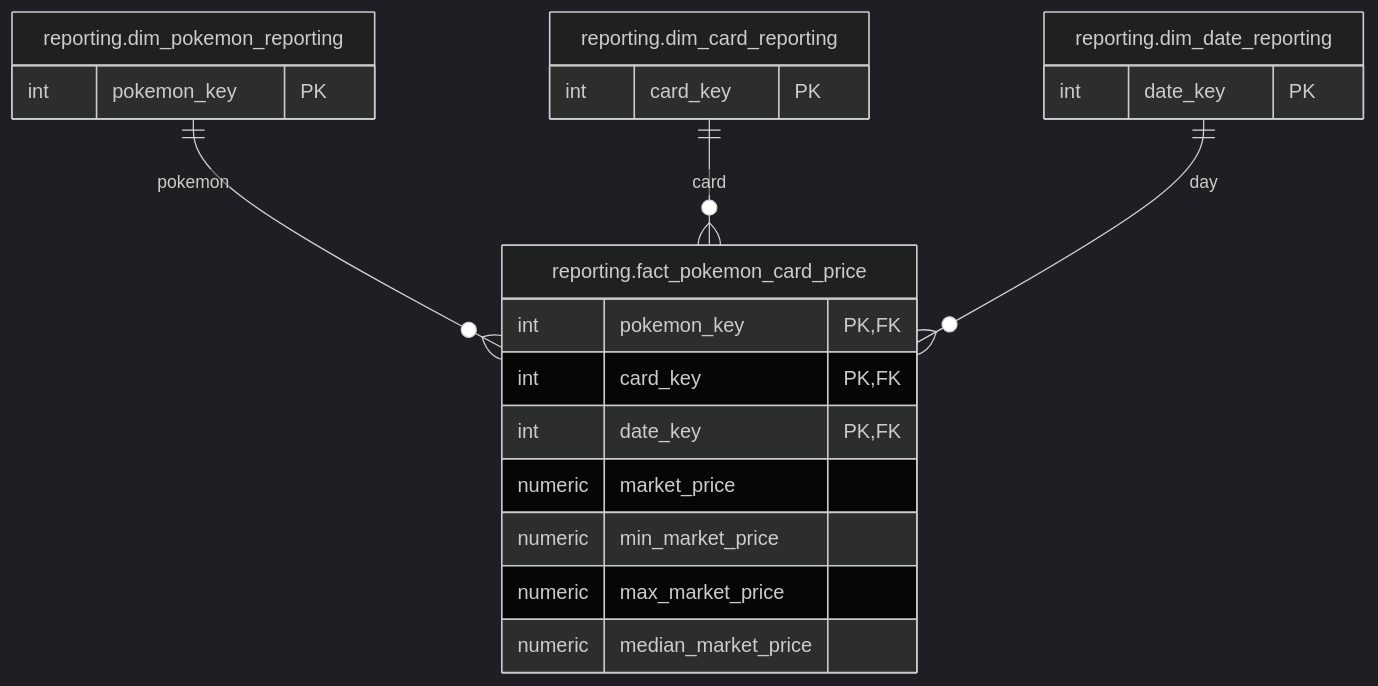
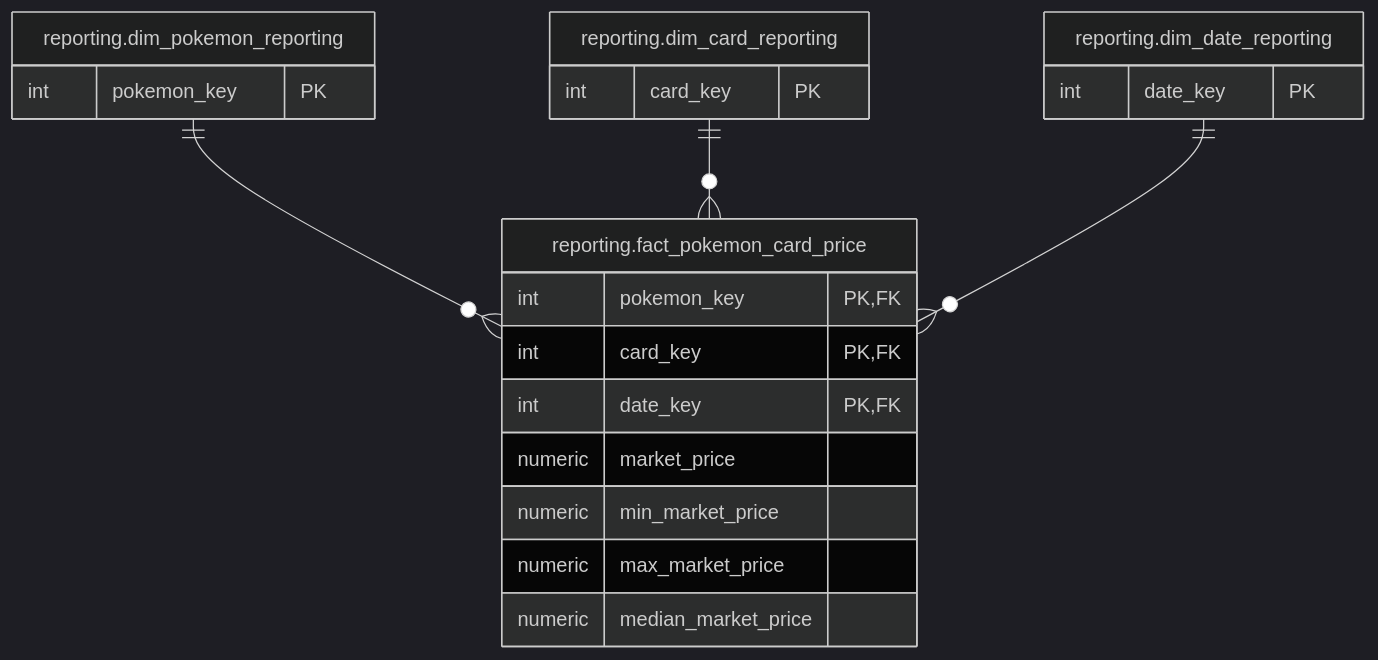
One commit to Jessyyyca/DVS changed the eighth of 9 diagrams in Reporting-Layer.md. Above: the diagram before and after it, drawn with Mermaid (dark theme). The commit also changed other lines of this file, not shown here.

Commit message:
chore: cleaned useless mermaid comments

````diff
--- a/Reporting-Layer.md
+++ b/Reporting-Layer.md
@@ -248,25 +248,25 @@
 ```mermaid
 erDiagram
     reporting.dim_pokemon_reporting {
         int pokemon_key PK
     }
     reporting.dim_card_reporting {
         int card_key PK
     }
     reporting.dim_date_reporting {
         int date_key PK
     }
     reporting.fact_pokemon_card_price {
         int pokemon_key PK,FK
         int card_key PK,FK
         int date_key PK,FK
         numeric market_price
         numeric min_market_price
         numeric max_market_price
         numeric median_market_price
     }
 
-    reporting.dim_pokemon_reporting ||--o{ reporting.fact_pokemon_card_price : pokemon
-    reporting.dim_card_reporting ||--o{ reporting.fact_pokemon_card_price : card
-    reporting.dim_date_reporting ||--o{ reporting.fact_pokemon_card_price : day
+    reporting.dim_pokemon_reporting ||--o{ reporting.fact_pokemon_card_price : ""
+    reporting.dim_card_reporting ||--o{ reporting.fact_pokemon_card_price : ""
+    reporting.dim_date_reporting ||--o{ reporting.fact_pokemon_card_price : ""
 ```
````
